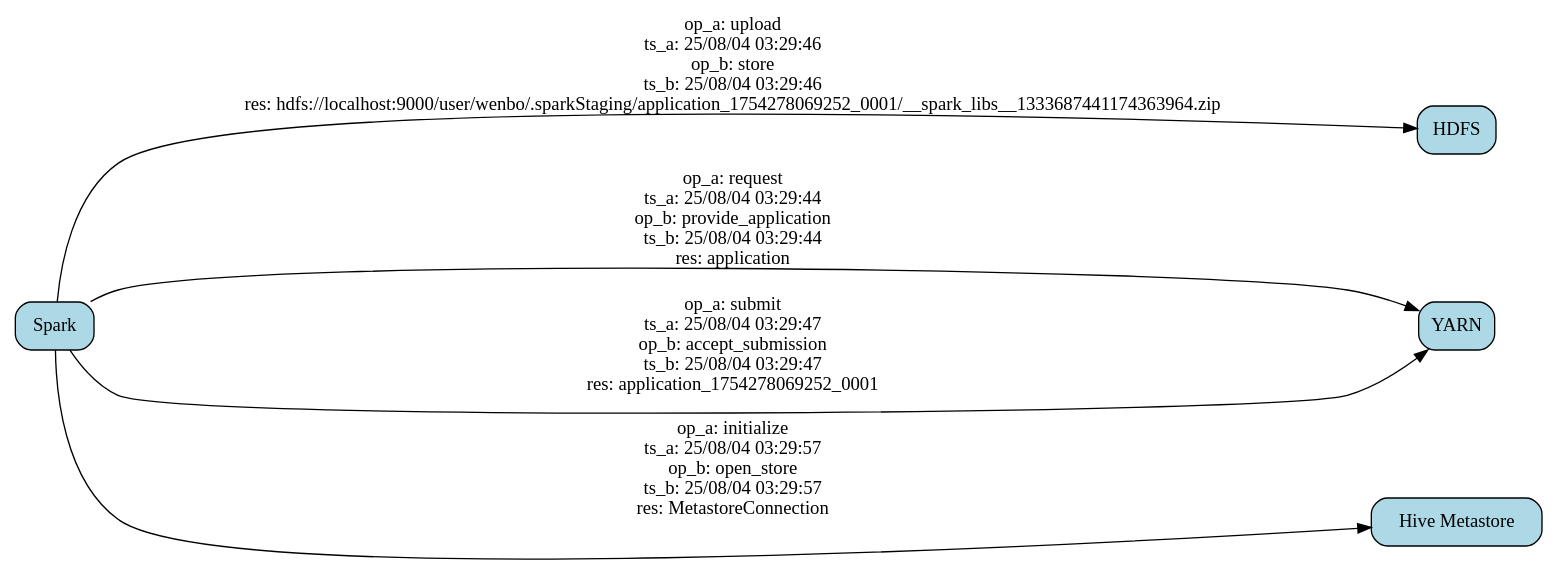
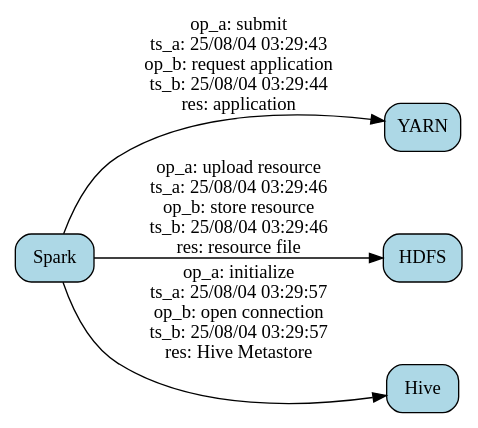
The diagram in output/spark-21714_dependency_graph.dot (BU-EC528-Spring-2026/Distributed-Services-Dependency-Discovery-from-Log), drawn with Graphviz before and after one commit. The commit also changed 4 other files, not shown here.

```diff
--- a/output/spark-21714_dependency_graph.dot
+++ b/output/spark-21714_dependency_graph.dot
@@ -1,29 +1,24 @@
 // Service Dependency Graph
 digraph {
 	rankdir=LR
 	node [fillcolor=lightblue shape=box style="rounded,filled"]
 	Spark [label=Spark]
-	HDFS [label=HDFS]
-	Spark -> HDFS [label="op_a: upload
-ts_a: 25/08/04 03:29:46
-op_b: store
-ts_b: 25/08/04 03:29:46
-res: hdfs://localhost:9000/user/wenbo/.sparkStaging/application_1754278069252_0001/__spark_libs__1333687441174363964.zip"]
 	YARN [label=YARN]
-	Spark -> YARN [label="op_a: request
-ts_a: 25/08/04 03:29:44
-op_b: provide_application
+	Spark -> YARN [label="op_a: submit
+ts_a: 25/08/04 03:29:43
+op_b: request application
 ts_b: 25/08/04 03:29:44
 res: application"]
-	Spark -> YARN [label="op_a: submit
-ts_a: 25/08/04 03:29:47
-op_b: accept_submission
-ts_b: 25/08/04 03:29:47
-res: application_1754278069252_0001"]
-	"Hive Metastore" [label="Hive Metastore"]
-	Spark -> "Hive Metastore" [label="op_a: initialize
+	HDFS [label=HDFS]
+	Spark -> HDFS [label="op_a: upload resource
+ts_a: 25/08/04 03:29:46
+op_b: store resource
+ts_b: 25/08/04 03:29:46
+res: resource file"]
+	Hive [label=Hive]
+	Spark -> Hive [label="op_a: initialize
 ts_a: 25/08/04 03:29:57
-op_b: open_store
+op_b: open connection
 ts_b: 25/08/04 03:29:57
-res: MetastoreConnection"]
+res: Hive Metastore"]
 }
```
